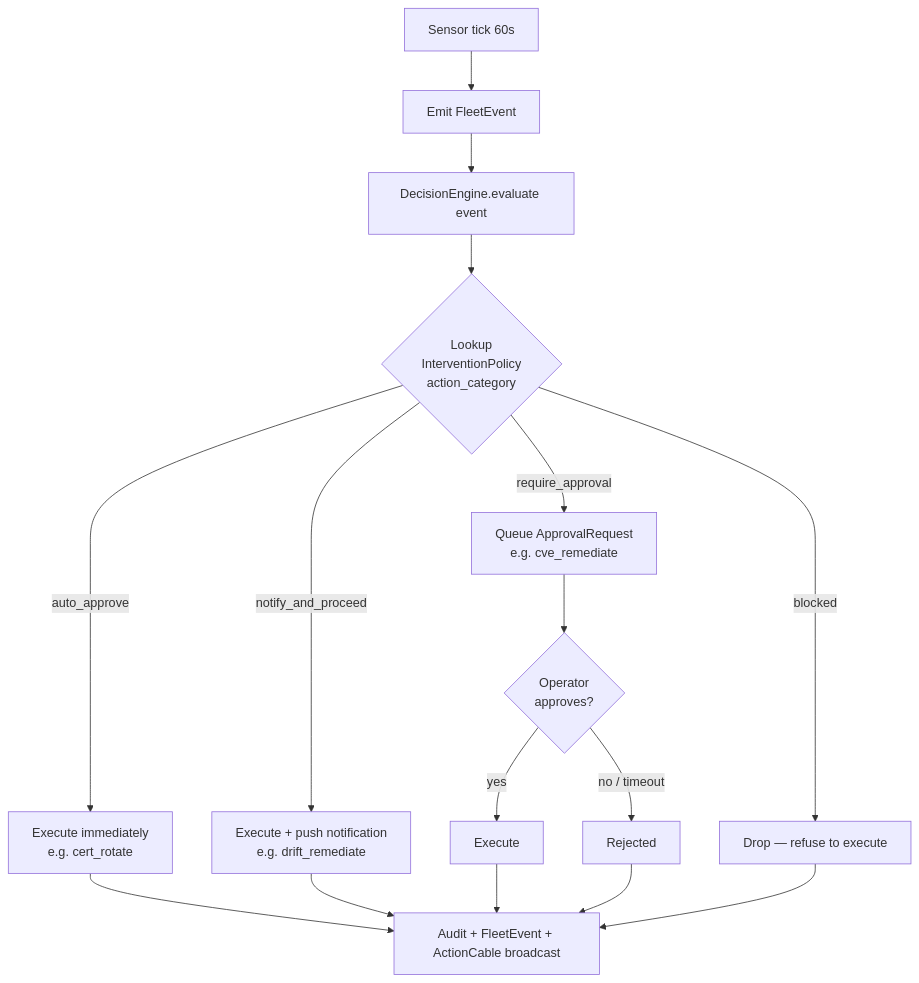
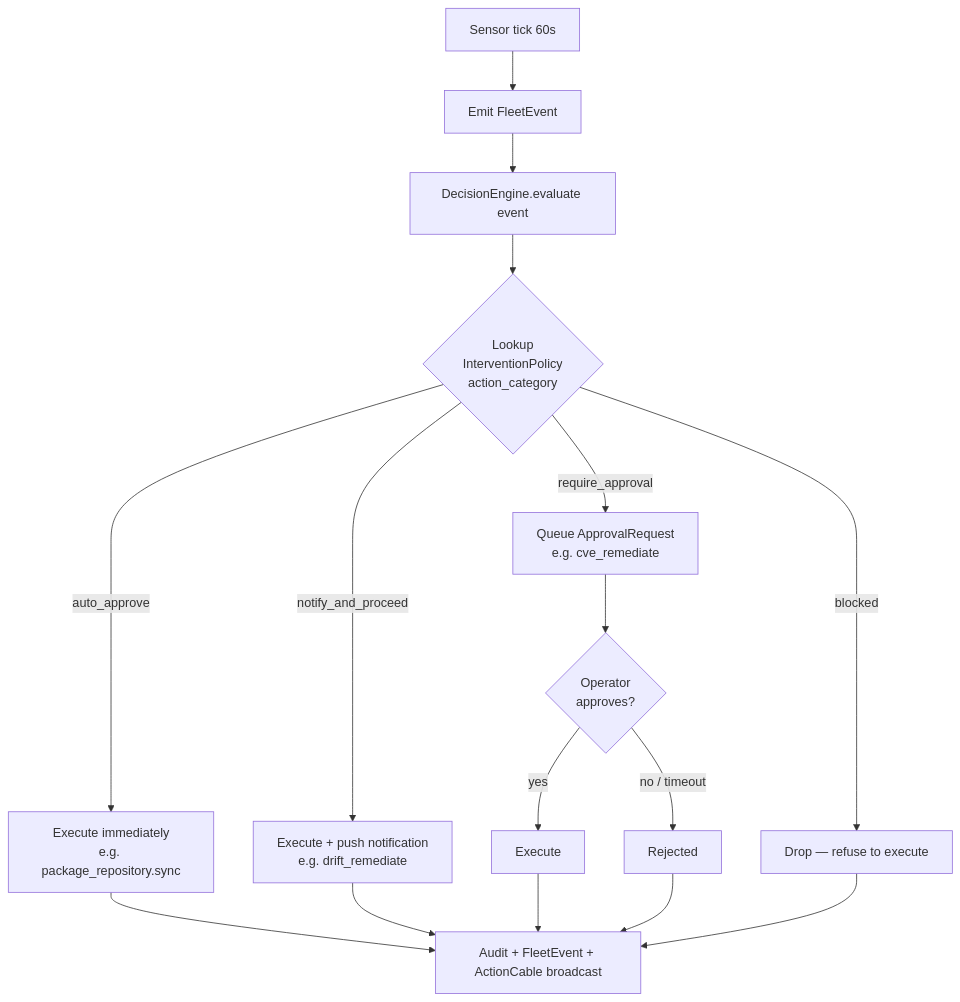
The second of 2 diagrams in docs/FLEET_SENSORS.md (nodealchemy/powernode-system), drawn with Mermaid before and after one commit. The commit also changed other lines of this file and 4 other files, not shown here.

Commit message:
fix(fleet): IMP-43e94c9d46d4 delete the false cert auto-rotation prose

````diff
--- a/docs/FLEET_SENSORS.md
+++ b/docs/FLEET_SENSORS.md
@@ -509,21 +509,21 @@
 ```mermaid
 flowchart TD
     Tick[Sensor tick 60s] --> Emit[Emit FleetEvent]
     Emit --> Eval[DecisionEngine.evaluate event]
     Eval --> Lookup{Lookup<br/>InterventionPolicy<br/>action_category}
 
-    Lookup -->|auto_approve| AutoExec[Execute immediately<br/>e.g. cert_rotate]
+    Lookup -->|auto_approve| AutoExec[Execute immediately<br/>e.g. package_repository.sync]
     Lookup -->|notify_and_proceed| NotifyExec[Execute + push notification<br/>e.g. drift_remediate]
     Lookup -->|require_approval| Queue[Queue ApprovalRequest<br/>e.g. cve_remediate]
     Lookup -->|blocked| Drop[Drop — refuse to execute]
 
     Queue --> OpApprove{Operator<br/>approves?}
     OpApprove -->|yes| Exec2[Execute]
     OpApprove -->|no / timeout| Reject[Rejected]
 
     AutoExec --> Audit[Audit + FleetEvent + ActionCable broadcast]
     NotifyExec --> Audit
     Exec2 --> Audit
     Drop --> Audit
     Reject --> Audit
 ```
````
